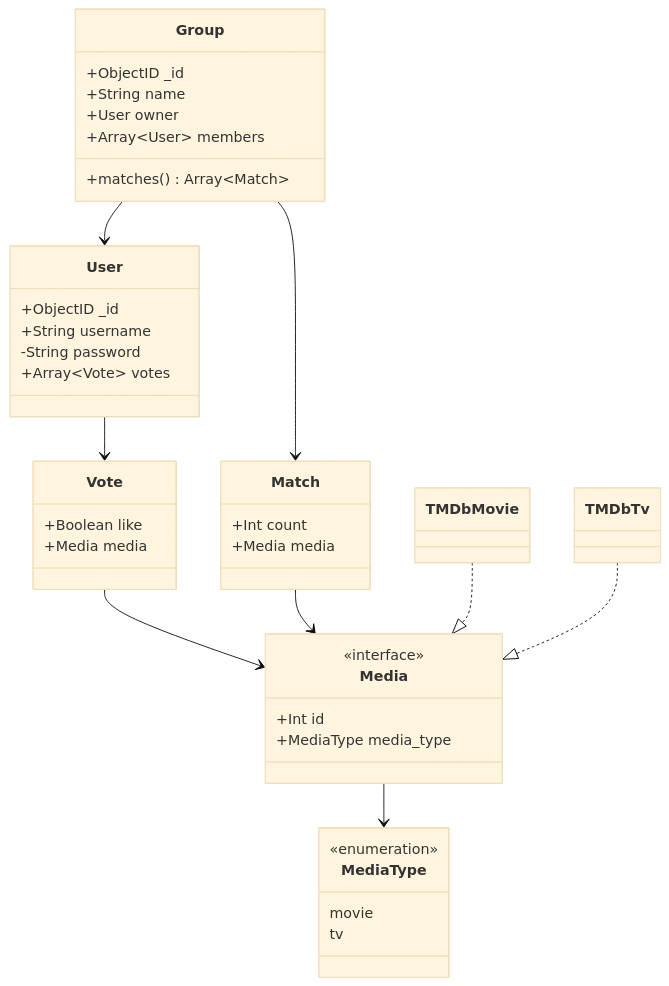
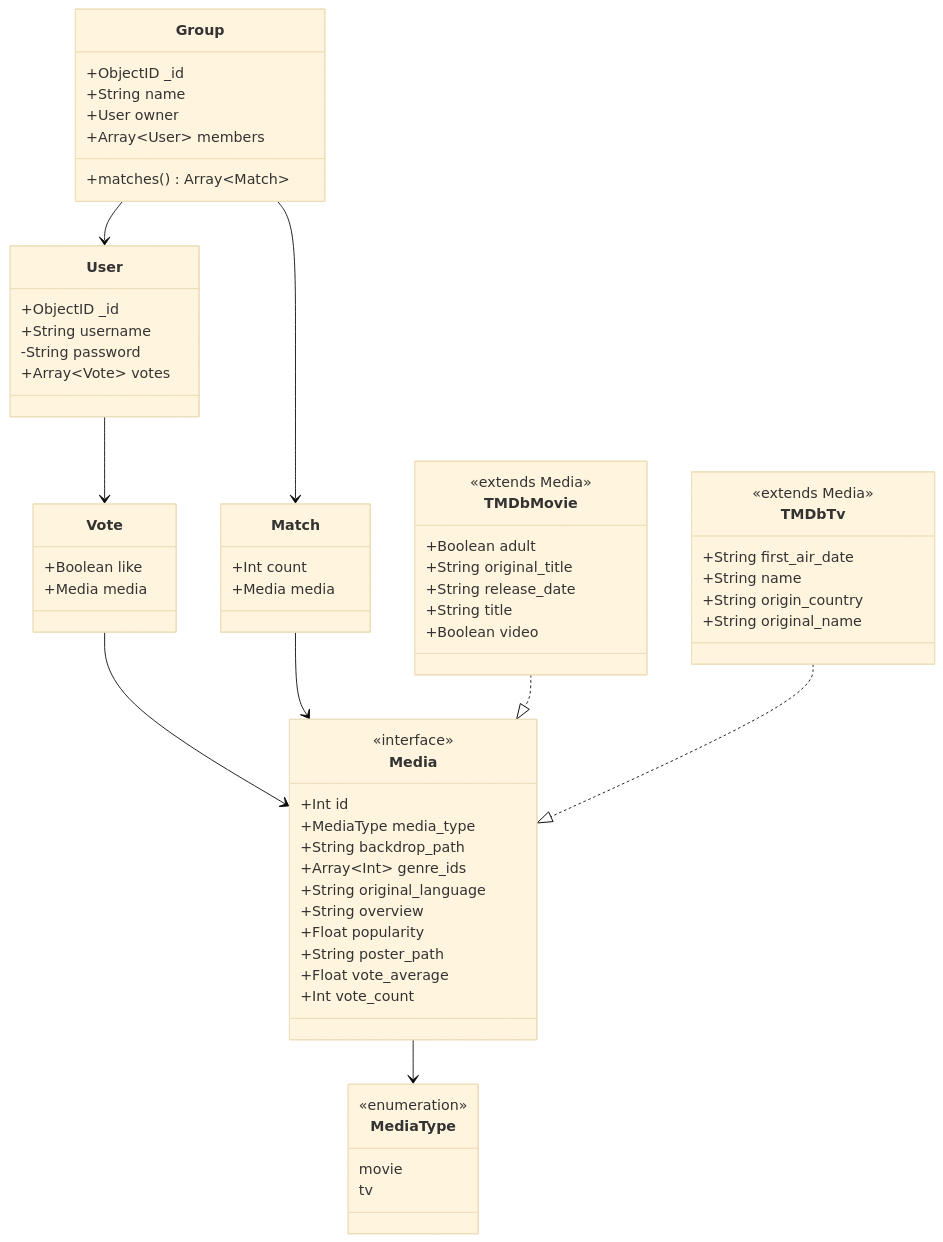
One commit to she11sh0cked-swiped/swiped-docs changed the diagram in src/mermaid/uml.mmd. Above: the diagram before and after it, drawn with Mermaid (base theme).

Commit message:
📝 Expand uml type information on media classes

```diff
--- a/src/mermaid/uml.mmd
+++ b/src/mermaid/uml.mmd
@@ -1,57 +1,82 @@
 classDiagram
   %% User classes
 
   class User {
     +ObjectID _id
     +String username
     -String password
     +Array~Vote~ votes
   }
 
   User --> Vote
 
   class Vote {
     +Boolean like
     +Media media
   }
 
   Vote --> Media
 
   %% Group classes
 
   class Group {
     +ObjectID _id
     +String name
     +User owner
     +Array~User~ members
 
     +matches() Array~Match~
   }
 
   Group --> Match
   Group --> User
 
   class Match {
     +Int count
     +Media media
   }
 
   Match --> Media
 
   %% Media classes
 
   class Media {
     <<interface>>
     +Int id
     +MediaType media_type
+    +String backdrop_path
+    +Array~Int~ genre_ids
+    +String original_language
+    +String overview
+    +Float popularity
+    +String poster_path
+    +Float vote_average
+    +Int vote_count
+  }
+
+  class TMDbMovie {
+    <<extends Media>>
+    +Boolean adult
+    +String original_title
+    +String release_date
+    +String title
+    +Boolean video
+  }
+
+  class TMDbTv {    
+    <<extends Media>>
+    +String first_air_date
+    +String name
+    +String origin_country
+    +String original_name
   }
 
   TMDbMovie ..|> Media
   TMDbTv ..|> Media
   Media --> MediaType
 
   class MediaType {
     <<enumeration>>
     movie
     tv
   }
```
